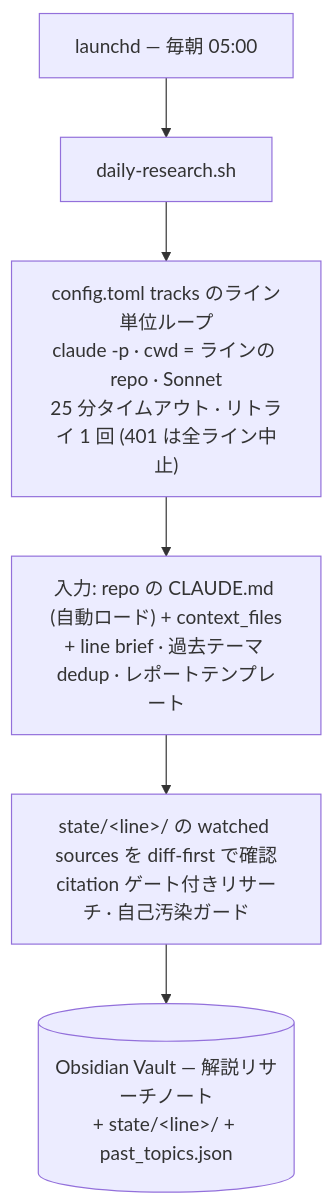
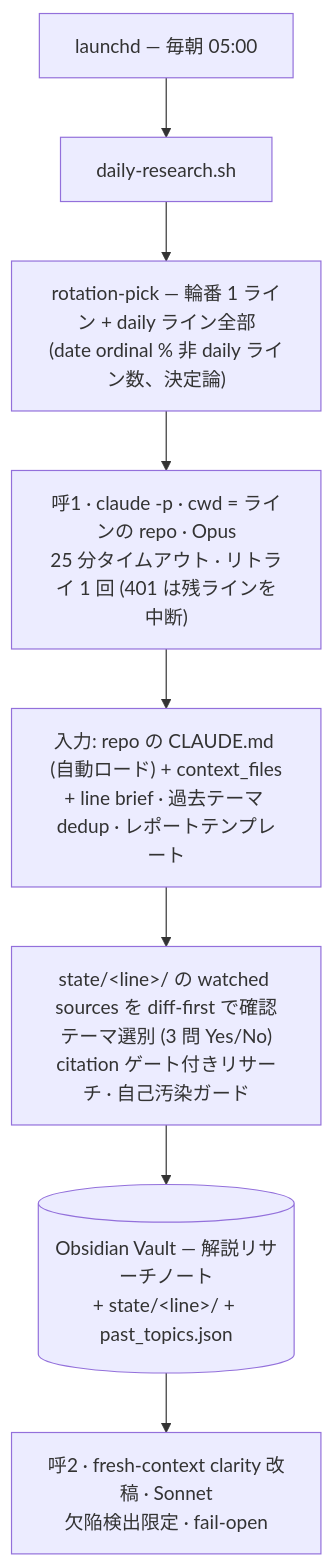
One commit to shimo4228/daily-research changed the diagram in README.ja.md. Above: the diagram before and after it, drawn with Mermaid. The commit also changed other lines of this file and 21 other files, not shown here.

````diff
--- a/README.ja.md
+++ b/README.ja.md
@@ -15,8 +15,10 @@
 ```mermaid
 flowchart TD
     cron["launchd — 毎朝 05:00"] --> orch["daily-research.sh"]
-    orch --> loop["config.toml tracks のライン単位ループ<br/>claude -p · cwd = ラインの repo · Sonnet<br/>25 分タイムアウト · リトライ 1 回 (401 は全ライン中止)"]
+    orch --> pick["rotation-pick — 輪番 1 ライン + daily ライン全部<br/>(date ordinal % 非 daily ライン数、決定論)"]
+    pick --> loop["呼1 · claude -p · cwd = ラインの repo · Opus<br/>25 分タイムアウト · リトライ 1 回 (401 は残ラインを中断)"]
     loop --> ctx["入力: repo の CLAUDE.md (自動ロード) + context_files<br/>+ line brief · 過去テーマ dedup · レポートテンプレート"]
-    ctx --> run["state/&lt;line&gt;/ の watched sources を diff-first で確認<br/>citation ゲート付きリサーチ · 自己汚染ガード"]
+    ctx --> run["state/&lt;line&gt;/ の watched sources を diff-first で確認<br/>テーマ選別 (3 問 Yes/No)<br/>citation ゲート付きリサーチ · 自己汚染ガード"]
     run --> out[("Obsidian Vault — 解説リサーチノート<br/>+ state/&lt;line&gt;/ + past_topics.json")]
+    out --> clarity["呼2 · fresh-context clarity 改稿 · Sonnet<br/>欠陥検出限定 · fail-open"]
 ```
````
